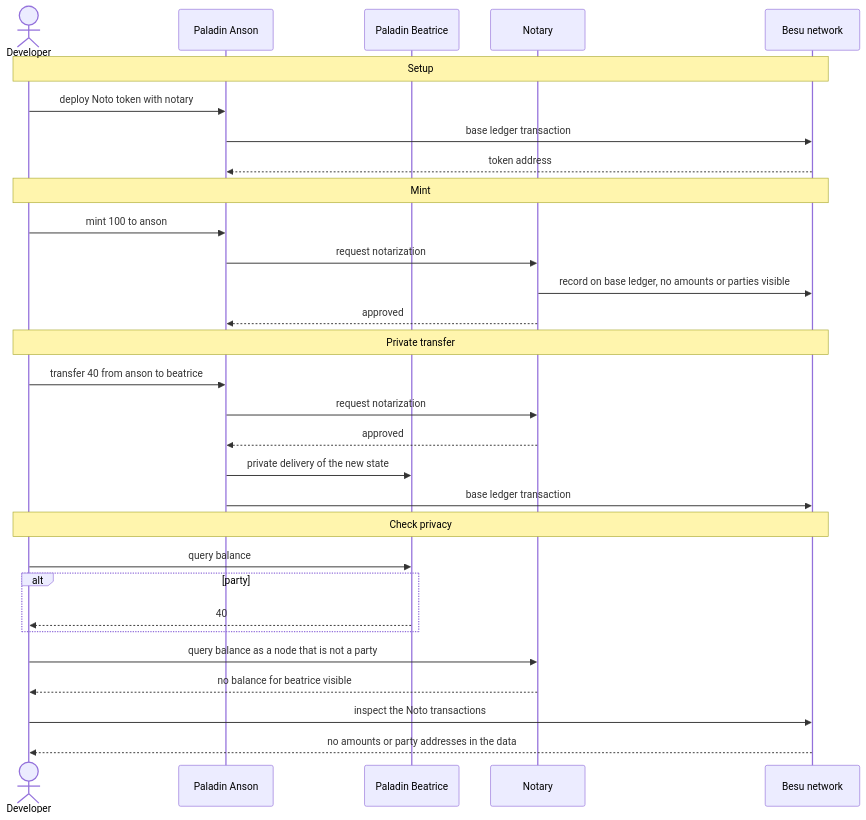
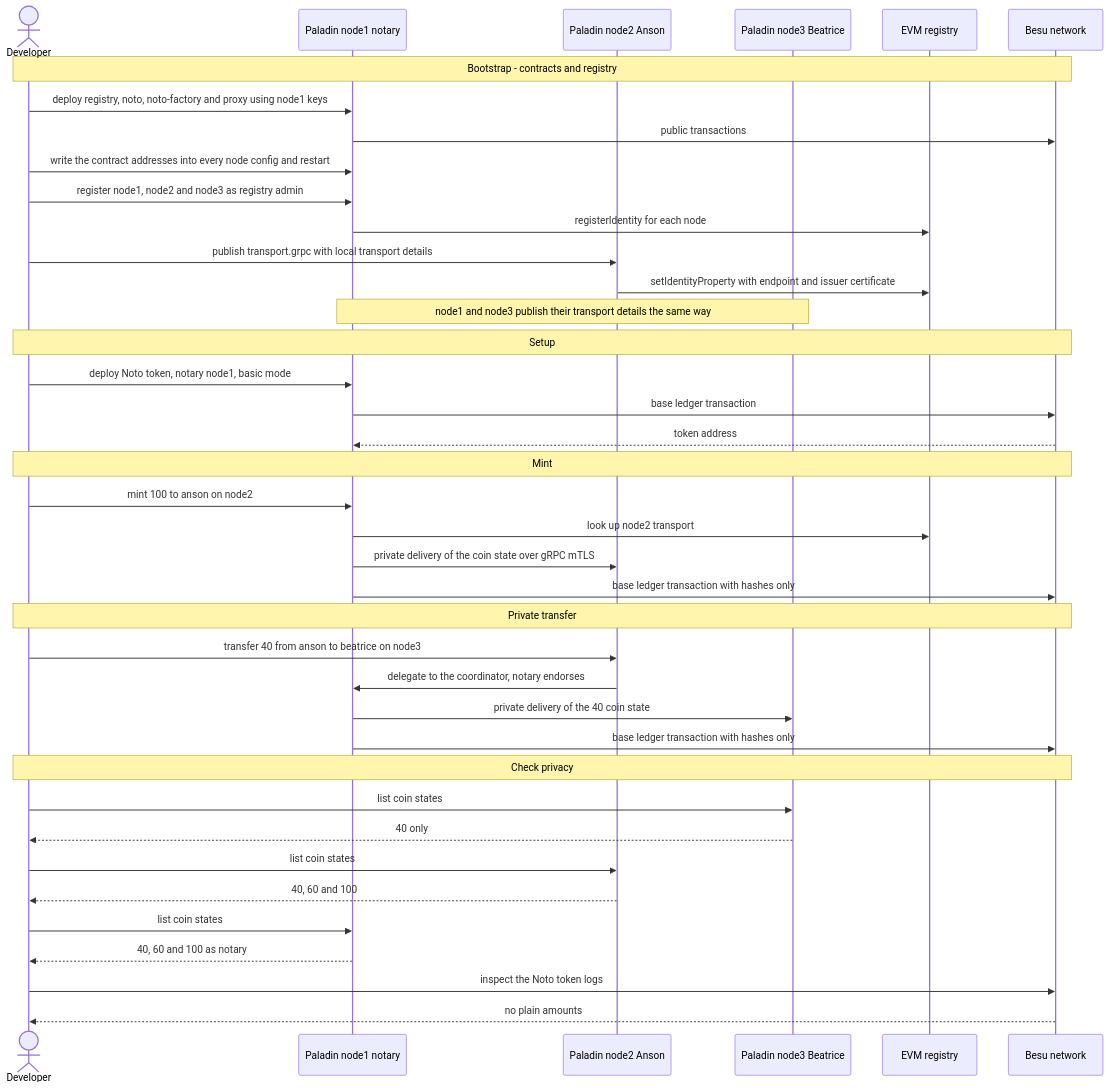
One commit to hohowin/besu-with-firefly changed the eighth of 11 diagrams in docs/use-cases.md. Above: the diagram before and after it, drawn with Mermaid. The commit also changed other lines of this file and 5 other files, not shown here.

````diff
--- a/docs/use-cases.md
+++ b/docs/use-cases.md
@@ -363,36 +363,46 @@
 ```mermaid
 sequenceDiagram
     actor Dev as Developer
-    participant PA as Paladin Anson
-    participant PB as Paladin Beatrice
-    participant NT as Notary
+    participant N1 as Paladin node1 notary
+    participant N2 as Paladin node2 Anson
+    participant N3 as Paladin node3 Beatrice
+    participant REG as EVM registry
     participant BS as Besu network
 
+    Note over Dev,BS: Bootstrap - contracts and registry
+    Dev->>N1: deploy registry, noto, noto-factory and proxy using node1 keys
+    N1->>BS: public transactions
+    Dev->>N1: write the contract addresses into every node config and restart
+    Dev->>N1: register node1, node2 and node3 as registry admin
+    N1->>REG: registerIdentity for each node
+    Dev->>N2: publish transport.grpc with local transport details
+    N2->>REG: setIdentityProperty with endpoint and issuer certificate
+    Note over N1,N3: node1 and node3 publish their transport details the same way
+
     Note over Dev,BS: Setup
-    Dev->>PA: deploy Noto token with notary
-    PA->>BS: base ledger transaction
-    BS-->>PA: token address
+    Dev->>N1: deploy Noto token, notary node1, basic mode
+    N1->>BS: base ledger transaction
+    BS-->>N1: token address
 
     Note over Dev,BS: Mint
-    Dev->>PA: mint 100 to anson
-    PA->>NT: request notarization
-    NT->>BS: record on base ledger, no amounts or parties visible
-    NT-->>PA: approved
+    Dev->>N1: mint 100 to anson on node2
+    N1->>REG: look up node2 transport
+    N1->>N2: private delivery of the coin state over gRPC mTLS
+    N1->>BS: base ledger transaction with hashes only
 
     Note over Dev,BS: Private transfer
-    Dev->>PA: transfer 40 from anson to beatrice
-    PA->>NT: request notarization
-    NT-->>PA: approved
-    PA->>PB: private delivery of the new state
-    PA->>BS: base ledger transaction
+    Dev->>N2: transfer 40 from anson to beatrice on node3
+    N2->>N1: delegate to the coordinator, notary endorses
+    N1->>N3: private delivery of the 40 coin state
+    N1->>BS: base ledger transaction with hashes only
 
     Note over Dev,BS: Check privacy
-    Dev->>PB: query balance
-    alt party
-        PB-->>Dev: 40
-    end
-    Dev->>NT: query balance as a node that is not a party
-    NT-->>Dev: no balance for beatrice visible
-    Dev->>BS: inspect the Noto transactions
-    BS-->>Dev: no amounts or party addresses in the data
+    Dev->>N3: list coin states
+    N3-->>Dev: 40 only
+    Dev->>N2: list coin states
+    N2-->>Dev: 40, 60 and 100
+    Dev->>N1: list coin states
+    N1-->>Dev: 40, 60 and 100 as notary
+    Dev->>BS: inspect the Noto token logs
+    BS-->>Dev: no plain amounts
 ```
````
